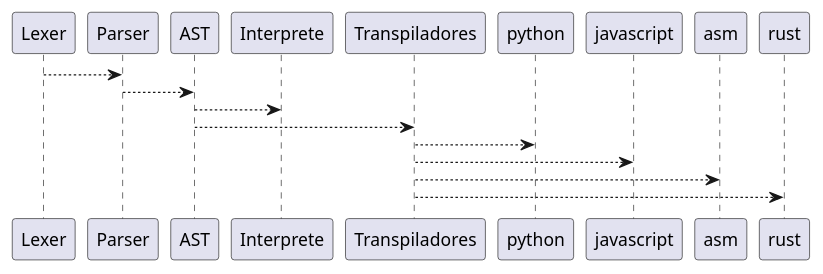
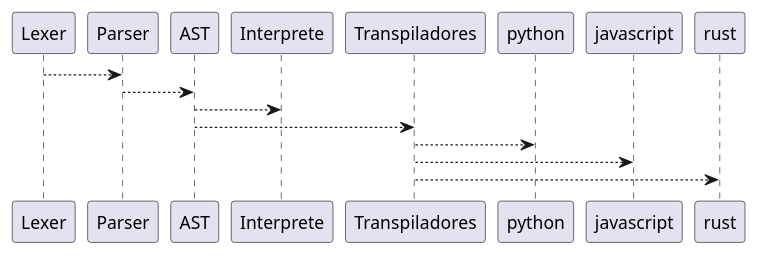
One commit to Alphonsus411/pCobra changed the second of 2 diagrams in docs/arquitectura_parser_transpiladores.md. Above: the diagram before and after it, drawn with PlantUML. The commit also changed other lines of this file and 10 other files, not shown here.

````diff
--- a/docs/arquitectura_parser_transpiladores.md
+++ b/docs/arquitectura_parser_transpiladores.md
@@ -28,12 +28,11 @@
 ```{uml}
 @startuml
 Lexer --> Parser
 Parser --> AST
 AST --> "Interprete"
 AST --> Transpiladores
 Transpiladores --> python
 Transpiladores --> javascript
-Transpiladores --> asm
 Transpiladores --> rust
 @enduml
 ```
````
